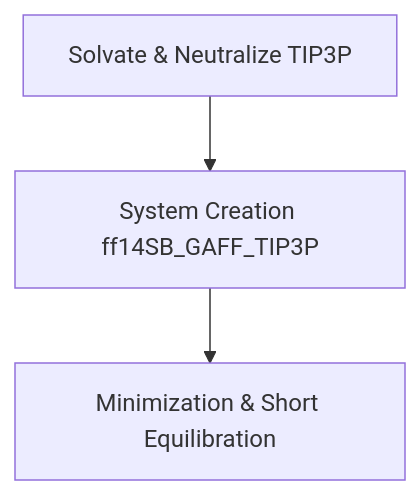
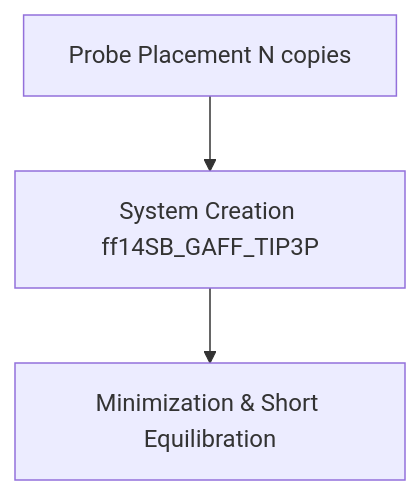
One commit to marcuswangweihow/FBDD changed the third of 5 diagrams in Frag_to_lead_4MZI/README.md. Above: the diagram before and after it, drawn with Mermaid. The commit also changed other lines of this file, not shown here.

````diff
--- a/Frag_to_lead_4MZI/README.md
+++ b/Frag_to_lead_4MZI/README.md
@@ -124,5 +124,5 @@
 ```mermaid
 flowchart TD
-    E[Solvate & Neutralize TIP3P]  --> F[System Creation ff14SB_GAFF_TIP3P] 
+    E[Probe Placement N copies]  --> F[System Creation ff14SB_GAFF_TIP3P] 
     F --> G[Minimization & Short Equilibration]
 ```
````
